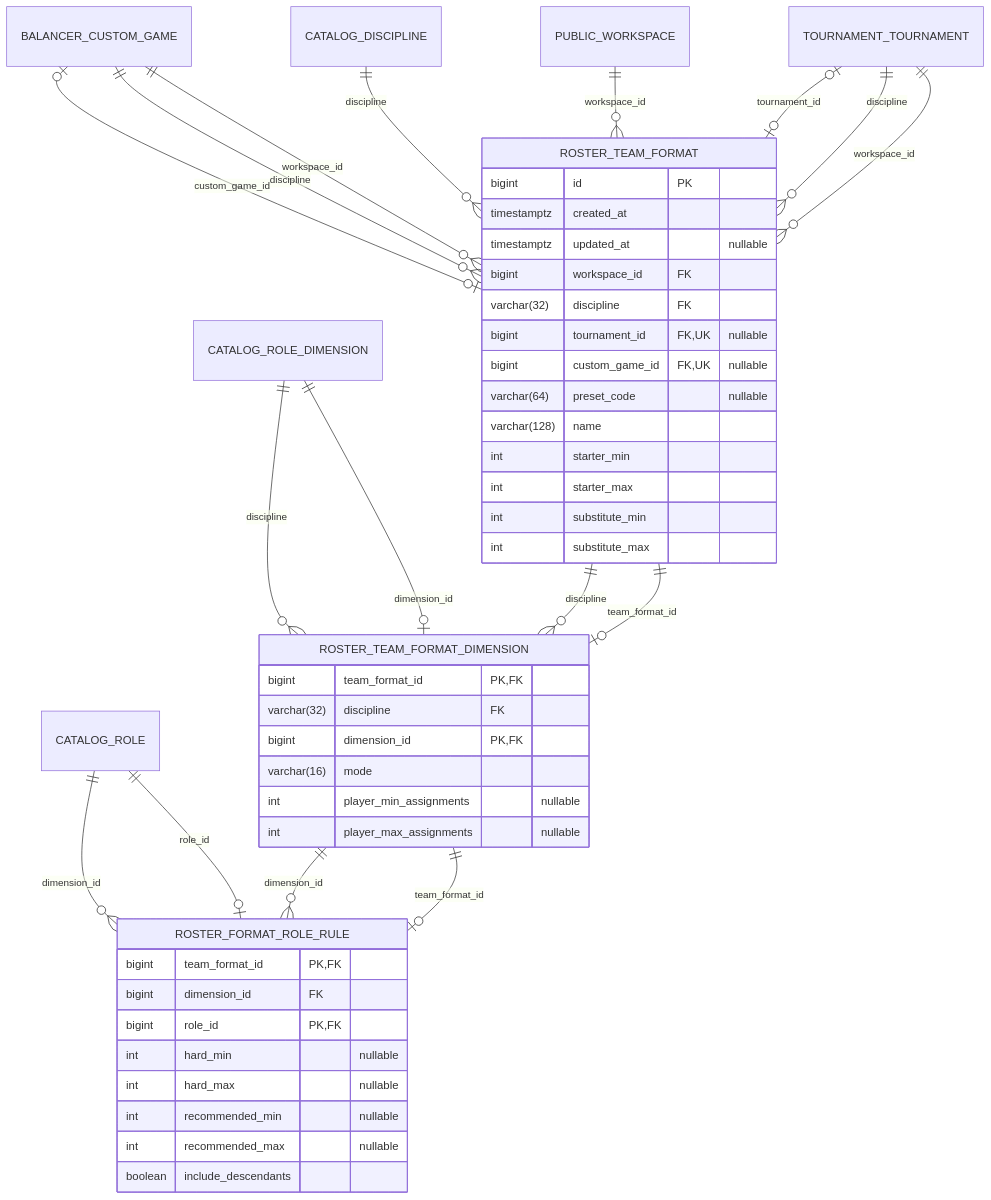
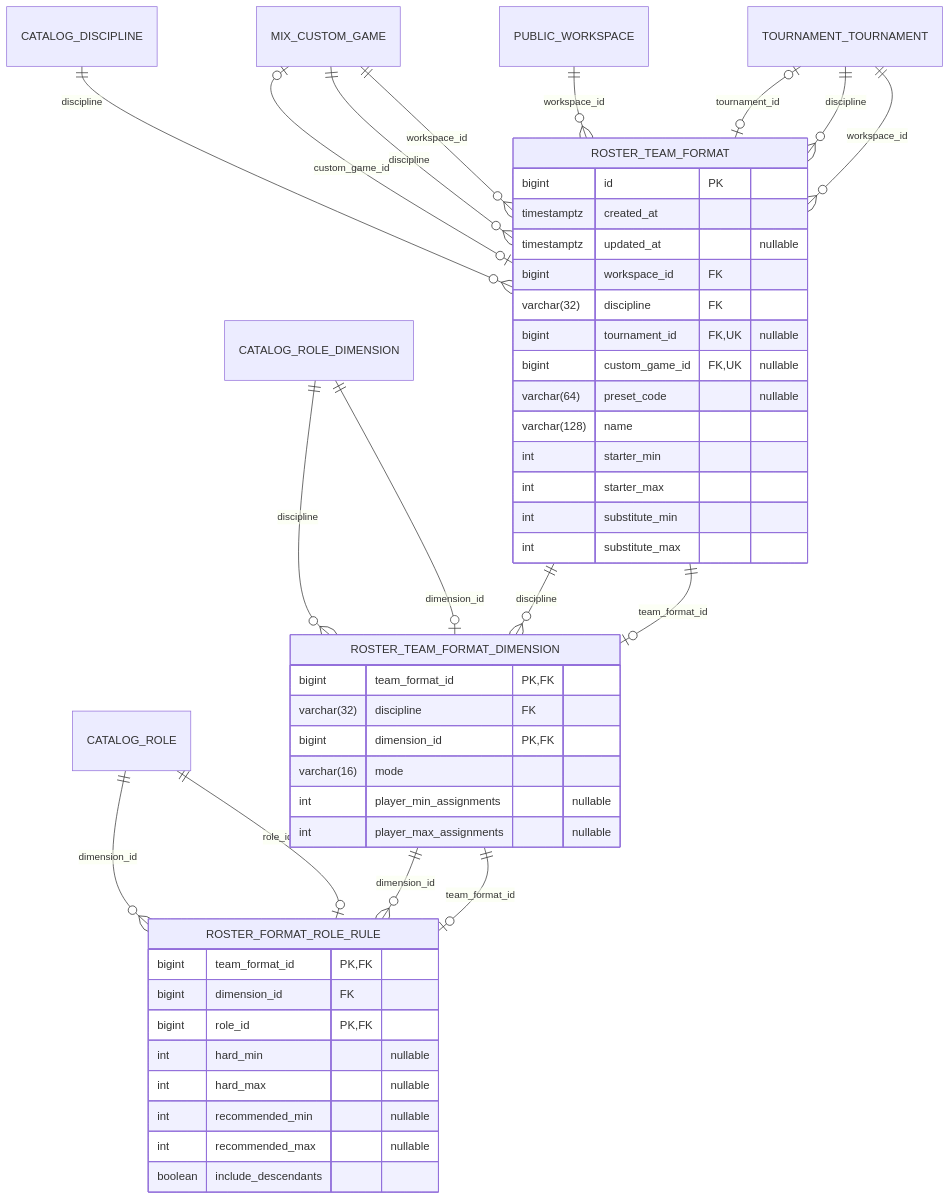
The sixth of 21 diagrams in docs/database_erd.md (CraazzzyyFoxx/anak-tournaments), drawn with Mermaid before and after one commit. The commit also changed other lines of this file and 180 other files, not shown here.

First line of the commit message:
refactor(db): split the balancer schema into registration, mix and draft

````diff
--- a/docs/database_erd.md
+++ b/docs/database_erd.md
@@ -728,53 +731,53 @@
 ```mermaid
 erDiagram
     ROSTER_FORMAT_ROLE_RULE {
         bigint team_format_id PK,FK
         bigint dimension_id FK
         bigint role_id PK,FK
         int hard_min "nullable"
         int hard_max "nullable"
         int recommended_min "nullable"
         int recommended_max "nullable"
         boolean include_descendants
     }
     ROSTER_TEAM_FORMAT {
         bigint id PK
         timestamptz created_at
         timestamptz updated_at "nullable"
         bigint workspace_id FK
         varchar(32) discipline FK
         bigint tournament_id FK,UK "nullable"
         bigint custom_game_id FK,UK "nullable"
         varchar(64) preset_code "nullable"
         varchar(128) name
         int starter_min
         int starter_max
         int substitute_min
         int substitute_max
     }
     ROSTER_TEAM_FORMAT_DIMENSION {
         bigint team_format_id PK,FK
         varchar(32) discipline FK
         bigint dimension_id PK,FK
         varchar(16) mode
         int player_min_assignments "nullable"
         int player_max_assignments "nullable"
     }
 
-    BALANCER_CUSTOM_GAME |o--o| ROSTER_TEAM_FORMAT : "custom_game_id"
-    BALANCER_CUSTOM_GAME ||--o{ ROSTER_TEAM_FORMAT : "discipline"
-    BALANCER_CUSTOM_GAME ||--o{ ROSTER_TEAM_FORMAT : "workspace_id"
     CATALOG_DISCIPLINE ||--o{ ROSTER_TEAM_FORMAT : "discipline"
     CATALOG_ROLE ||--o{ ROSTER_FORMAT_ROLE_RULE : "dimension_id"
     CATALOG_ROLE ||--o| ROSTER_FORMAT_ROLE_RULE : "role_id"
     CATALOG_ROLE_DIMENSION ||--o{ ROSTER_TEAM_FORMAT_DIMENSION : "discipline"
     CATALOG_ROLE_DIMENSION ||--o| ROSTER_TEAM_FORMAT_DIMENSION : "dimension_id"
+    MIX_CUSTOM_GAME |o--o| ROSTER_TEAM_FORMAT : "custom_game_id"
+    MIX_CUSTOM_GAME ||--o{ ROSTER_TEAM_FORMAT : "discipline"
+    MIX_CUSTOM_GAME ||--o{ ROSTER_TEAM_FORMAT : "workspace_id"
     PUBLIC_WORKSPACE ||--o{ ROSTER_TEAM_FORMAT : "workspace_id"
     ROSTER_TEAM_FORMAT ||--o{ ROSTER_TEAM_FORMAT_DIMENSION : "discipline"
     ROSTER_TEAM_FORMAT ||--o| ROSTER_TEAM_FORMAT_DIMENSION : "team_format_id"
     ROSTER_TEAM_FORMAT_DIMENSION ||--o{ ROSTER_FORMAT_ROLE_RULE : "dimension_id"
     ROSTER_TEAM_FORMAT_DIMENSION ||--o| ROSTER_FORMAT_ROLE_RULE : "team_format_id"
     TOURNAMENT_TOURNAMENT |o--o| ROSTER_TEAM_FORMAT : "tournament_id"
     TOURNAMENT_TOURNAMENT ||--o{ ROSTER_TEAM_FORMAT : "discipline"
     TOURNAMENT_TOURNAMENT ||--o{ ROSTER_TEAM_FORMAT : "workspace_id"
 ```
````
